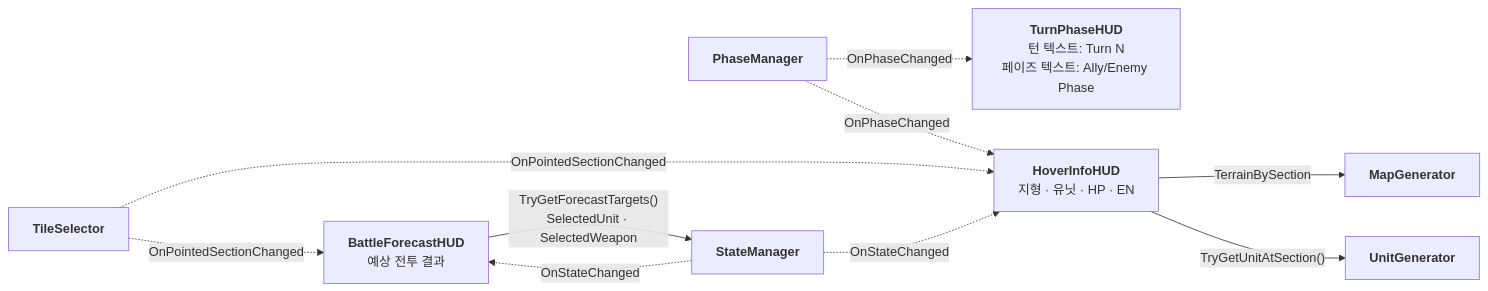
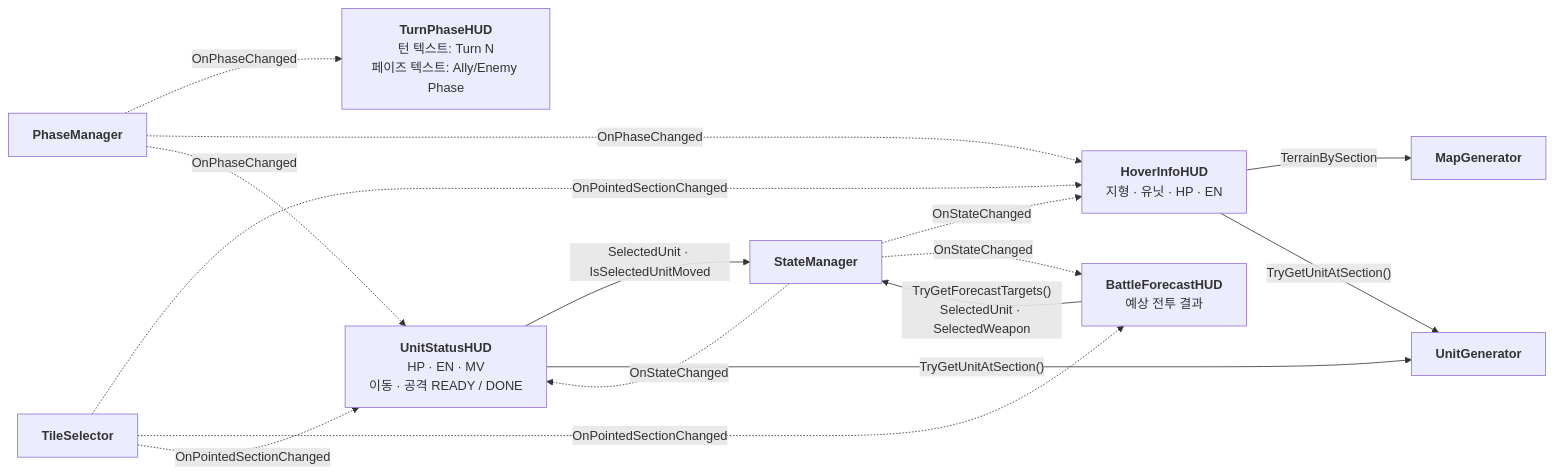
One commit to jayy5288sk/PersonalProject changed diagram 28 of 36 in Docs/ImplementDocs/Diagram.md. Above: the diagram before and after it, drawn with Mermaid. The commit also changed other lines of this file and 3 other files, not shown here.

Commit message:
[Docs] 남은 기술문서 작성 및 다이어그램 갱신

````diff
--- a/Docs/ImplementDocs/Diagram.md
+++ b/Docs/ImplementDocs/Diagram.md
@@ -575,12 +612,17 @@
 ```mermaid
 flowchart LR
     PM["<b>PhaseManager</b>"] -.->|"OnPhaseChanged"| TP["<b>TurnPhaseHUD</b><br/>턴 텍스트: Turn N<br/>페이즈 텍스트: Ally/Enemy Phase"]
     PM -.->|"OnPhaseChanged"| HI
     TS["<b>TileSelector</b>"] -.->|"OnPointedSectionChanged"| HI["<b>HoverInfoHUD</b><br/>지형 · 유닛 · HP · EN"]
     TS -.->|"OnPointedSectionChanged"| BF["<b>BattleForecastHUD</b><br/>예상 전투 결과"]
     SM["<b>StateManager</b>"] -.->|"OnStateChanged"| HI
     SM -.->|"OnStateChanged"| BF
     BF -->|"TryGetForecastTargets()<br/>SelectedUnit · SelectedWeapon"| SM
+    TS -.->|"OnPointedSectionChanged"| US["<b>UnitStatusHUD</b><br/>HP · EN · MV<br/>이동 · 공격 READY / DONE"]
+    SM -.->|"OnStateChanged"| US
+    PM -.->|"OnPhaseChanged"| US
+    US -->|"SelectedUnit · IsSelectedUnitMoved"| SM
+    US -->|"TryGetUnitAtSection()"| UG
     HI -->|"TerrainBySection"| MG["<b>MapGenerator</b>"]
     HI -->|"TryGetUnitAtSection()"| UG["<b>UnitGenerator</b>"]
 ```
````
